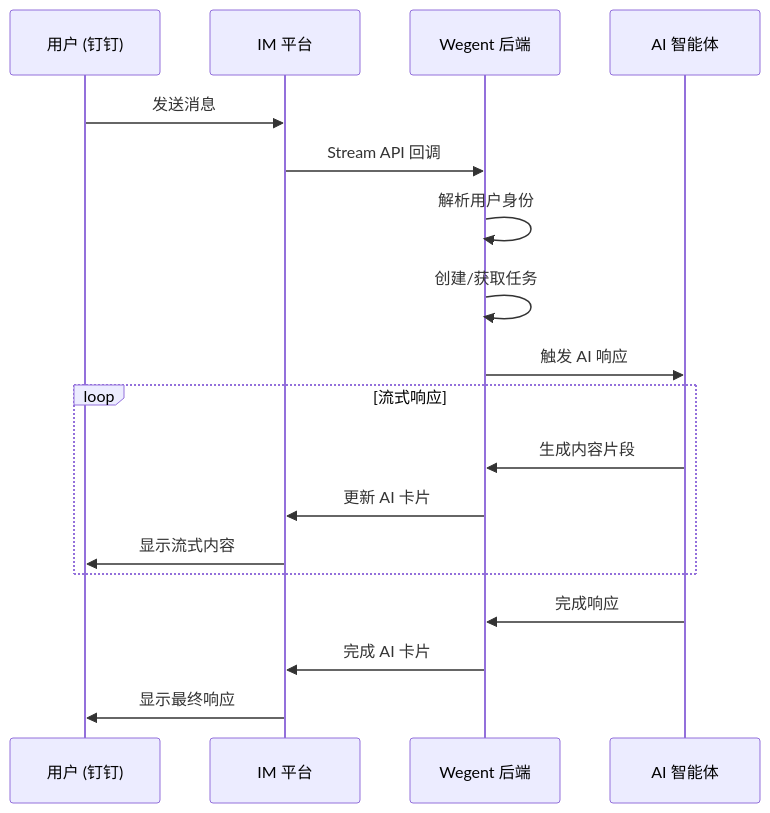
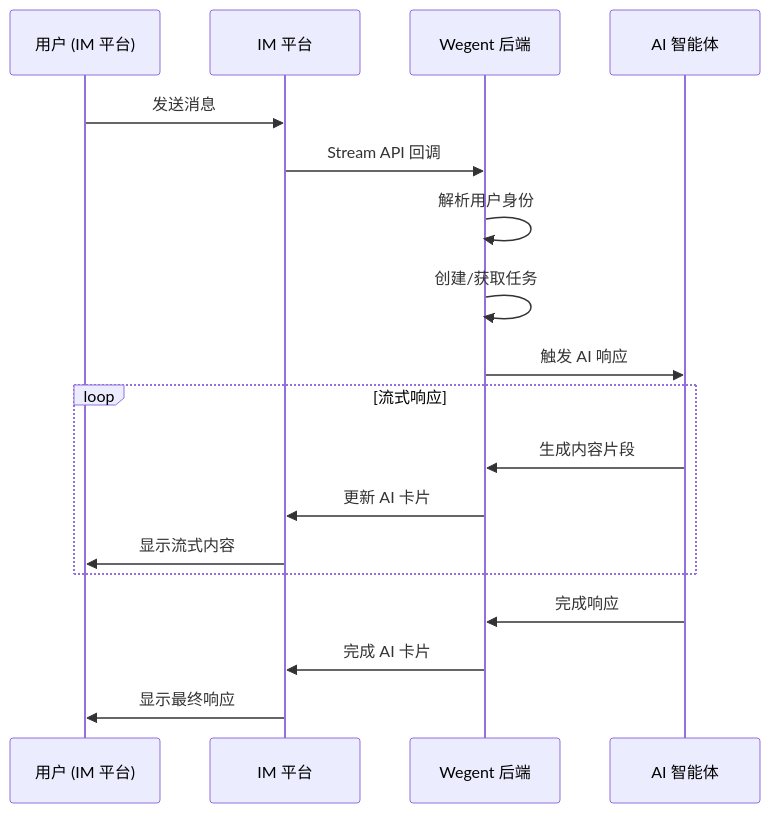
Before and after one commit to wecode-ai/Wegent: the first of 3 diagrams in docs/zh/user-guide/integrations/im-channel-integration.md, drawn with Mermaid. The commit also changed other lines of this file and 16 other files, not shown here.

````diff
--- a/docs/zh/user-guide/integrations/im-channel-integration.md
+++ b/docs/zh/user-guide/integrations/im-channel-integration.md
@@ -55,23 +55,23 @@
 ```mermaid
 sequenceDiagram
-    participant User as 用户 (钉钉)
+    participant User as 用户 (IM 平台)
     participant IM as IM 平台
     participant Backend as Wegent 后端
     participant Agent as AI 智能体
 
     User->>IM: 发送消息
     IM->>Backend: Stream API 回调
     Backend->>Backend: 解析用户身份
     Backend->>Backend: 创建/获取任务
     Backend->>Agent: 触发 AI 响应
 
     loop 流式响应
         Agent->>Backend: 生成内容片段
         Backend->>IM: 更新 AI 卡片
         IM->>User: 显示流式内容
     end
 
     Agent->>Backend: 完成响应
     Backend->>IM: 完成 AI 卡片
     IM->>User: 显示最终响应
 ```
````
